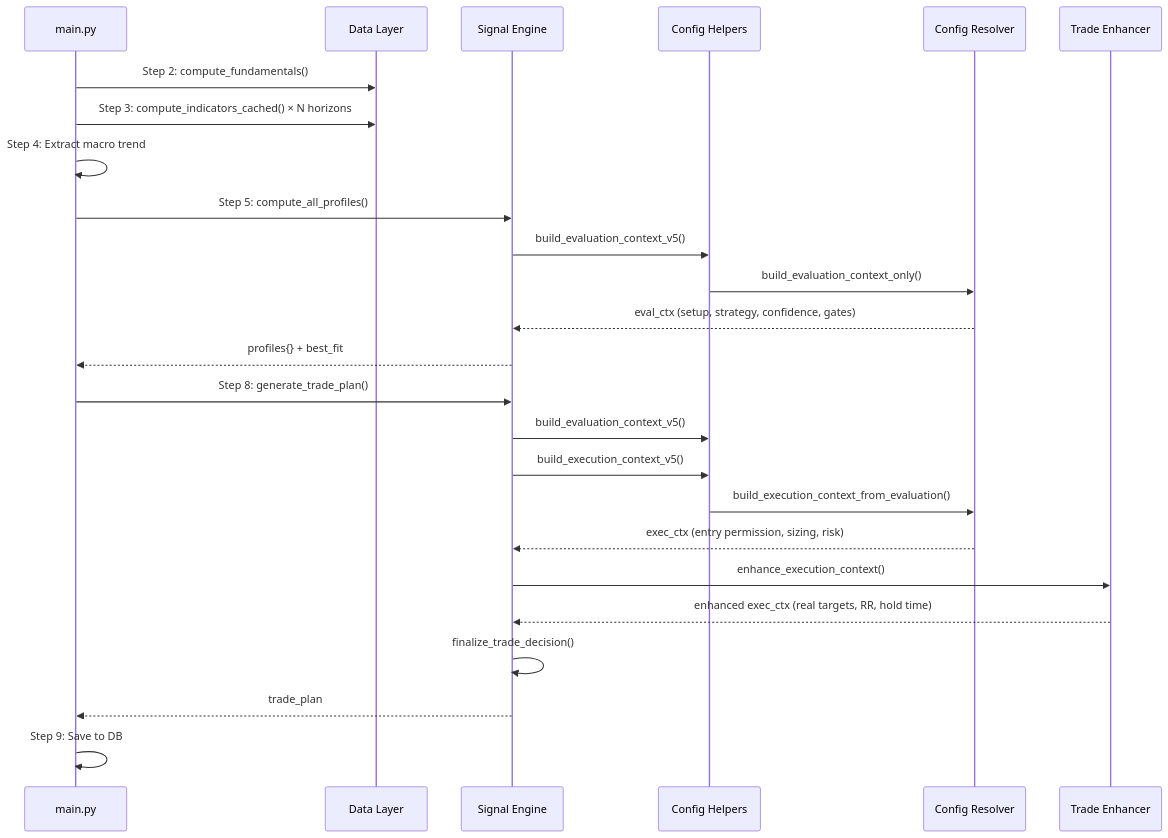
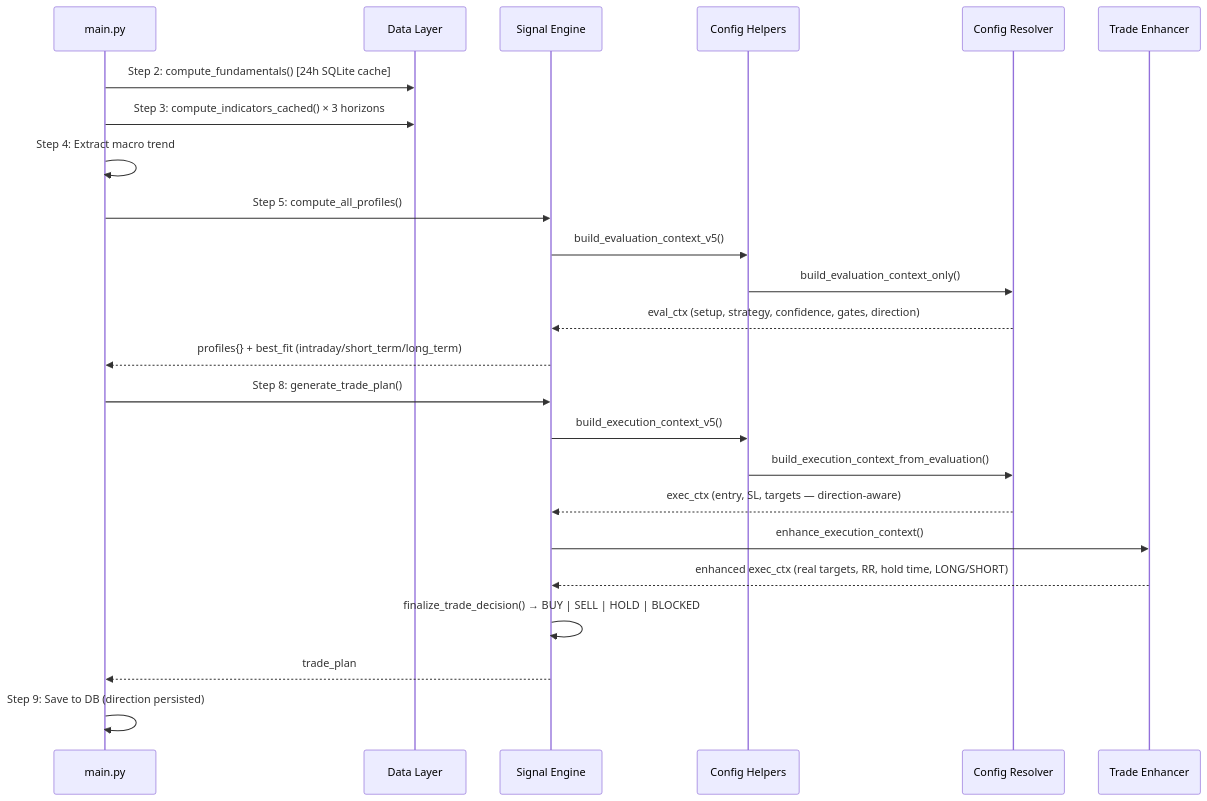
One commit to tshashwat7/analysis_app_py changed the second of 3 diagrams in README.md. Above: the diagram before and after it, drawn with Mermaid. The commit also changed other lines of this file and 24 other files, not shown here.

Commit message:
fix | architectural bugs

````diff
--- a/README.md
+++ b/README.md
@@ -166,28 +190,27 @@
 ```mermaid
 sequenceDiagram
     participant M as main.py
     participant D as Data Layer
     participant SE as Signal Engine
     participant CH as Config Helpers
     participant CR as Config Resolver
     participant TE as Trade Enhancer
 
-    M->>D: Step 2: compute_fundamentals()
-    M->>D: Step 3: compute_indicators_cached() × N horizons
+    M->>D: Step 2: compute_fundamentals() [24h SQLite cache]
+    M->>D: Step 3: compute_indicators_cached() × 3 horizons
     M->>M: Step 4: Extract macro trend
     M->>SE: Step 5: compute_all_profiles()
     SE->>CH: build_evaluation_context_v5()
     CH->>CR: build_evaluation_context_only()
-    CR-->>SE: eval_ctx (setup, strategy, confidence, gates)
-    SE-->>M: profiles{} + best_fit
+    CR-->>SE: eval_ctx (setup, strategy, confidence, gates, direction)
+    SE-->>M: profiles{} + best_fit (intraday/short_term/long_term)
     M->>SE: Step 8: generate_trade_plan()
-    SE->>CH: build_evaluation_context_v5()
     SE->>CH: build_execution_context_v5()
     CH->>CR: build_execution_context_from_evaluation()
-    CR-->>SE: exec_ctx (entry permission, sizing, risk)
+    CR-->>SE: exec_ctx (entry, SL, targets — direction-aware)
     SE->>TE: enhance_execution_context()
-    TE-->>SE: enhanced exec_ctx (real targets, RR, hold time)
-    SE->>SE: finalize_trade_decision()
+    TE-->>SE: enhanced exec_ctx (real targets, RR, hold time, LONG/SHORT)
+    SE->>SE: finalize_trade_decision() → BUY | SELL | HOLD | BLOCKED
     SE-->>M: trade_plan
-    M->>M: Step 9: Save to DB
+    M->>M: Step 9: Save to DB (direction persisted)
 ```
````
